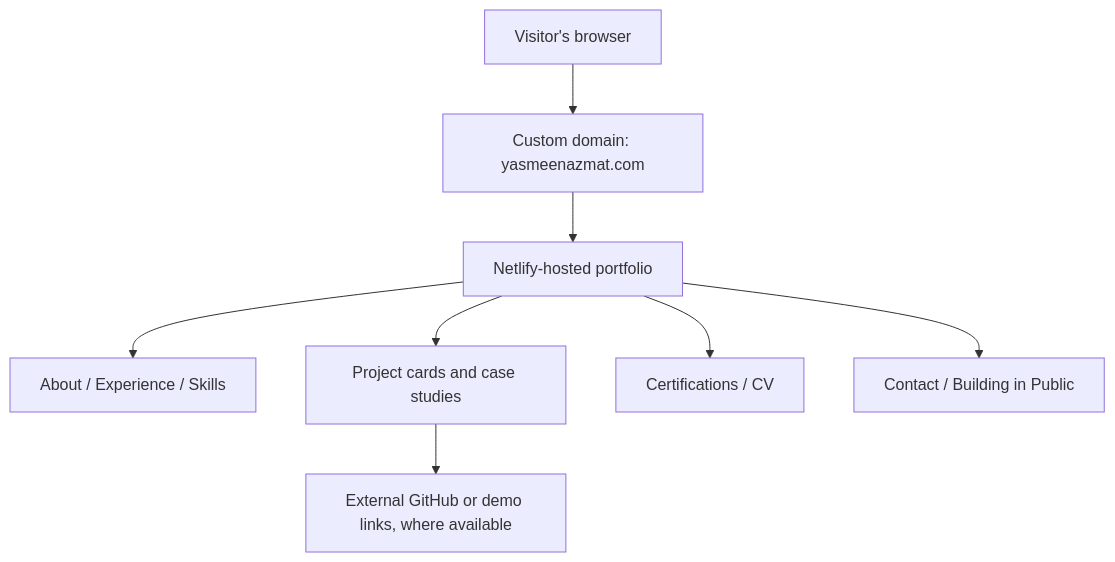
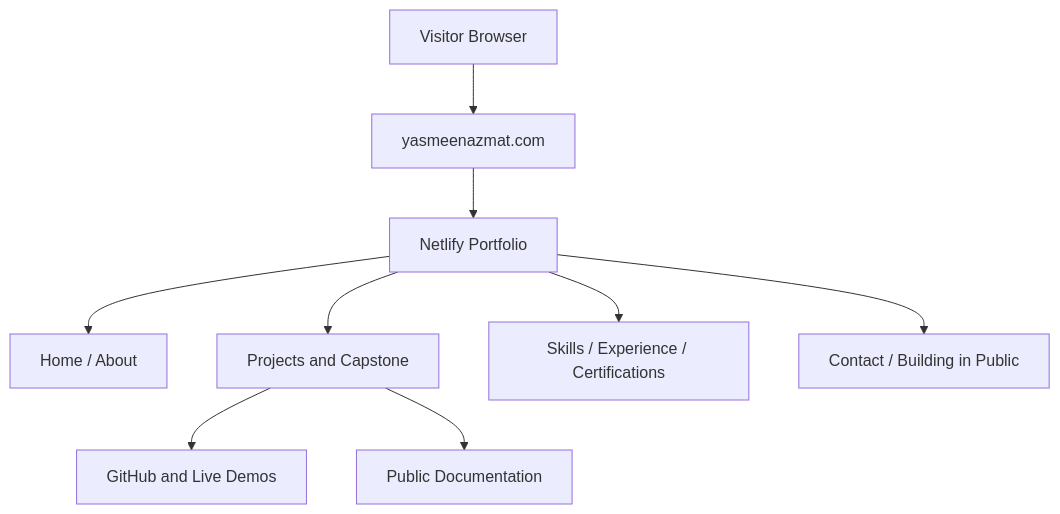
One commit to yasmeenmh90-beep/flyrank-ai-fluency-portfolio-docs changed the diagram in README.md. Above: the diagram before and after it, drawn with Mermaid. The commit also changed other lines of this file, not shown here.

````diff
--- a/README.md
+++ b/README.md
@@ -77,10 +67,11 @@
 ```mermaid
 flowchart TD
-    A[Visitor's browser] --> B[Custom domain: yasmeenazmat.com]
-    B --> C[Netlify-hosted portfolio]
-    C --> D[About / Experience / Skills]
-    C --> E[Project cards and case studies]
-    C --> F[Certifications / CV]
+    A[Visitor Browser] --> B[yasmeenazmat.com]
+    B --> C[Netlify Portfolio]
+    C --> D[Home / About]
+    C --> E[Projects and Capstone]
+    C --> F[Skills / Experience / Certifications]
     C --> G[Contact / Building in Public]
-    E --> H[External GitHub or demo links, where available]
+    E --> H[GitHub and Live Demos]
+    E --> I[Public Documentation]
 ```
````
